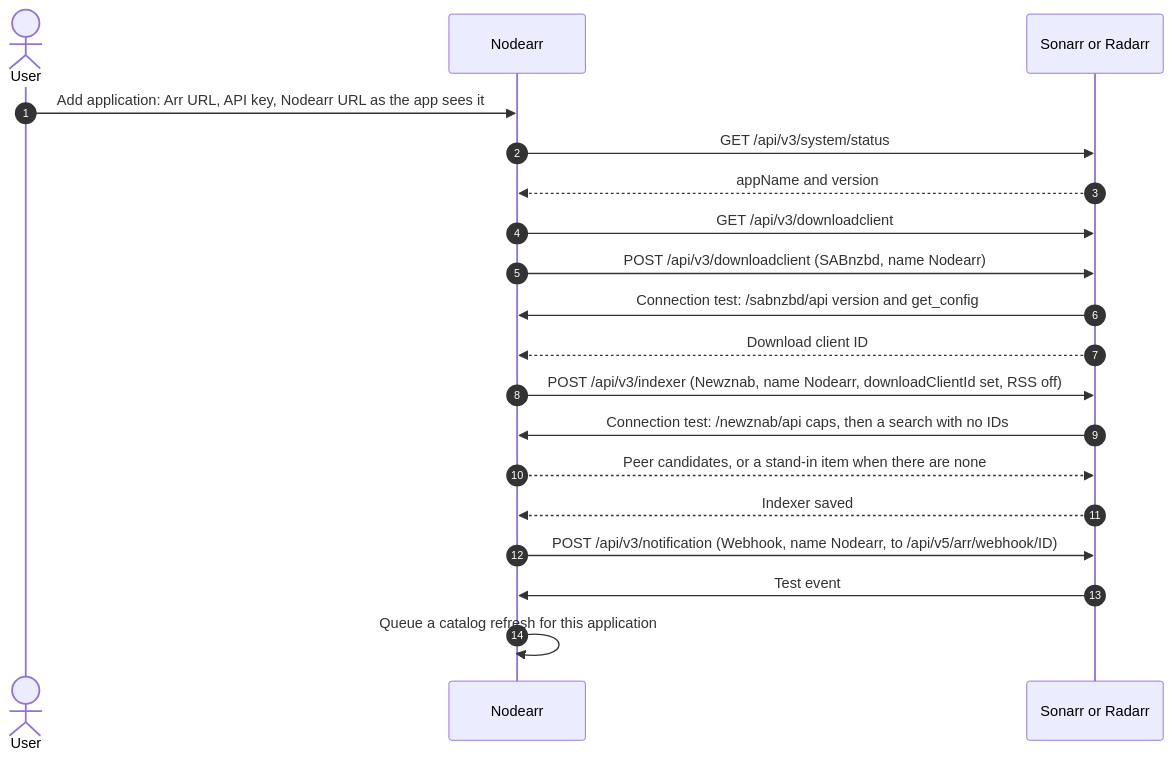
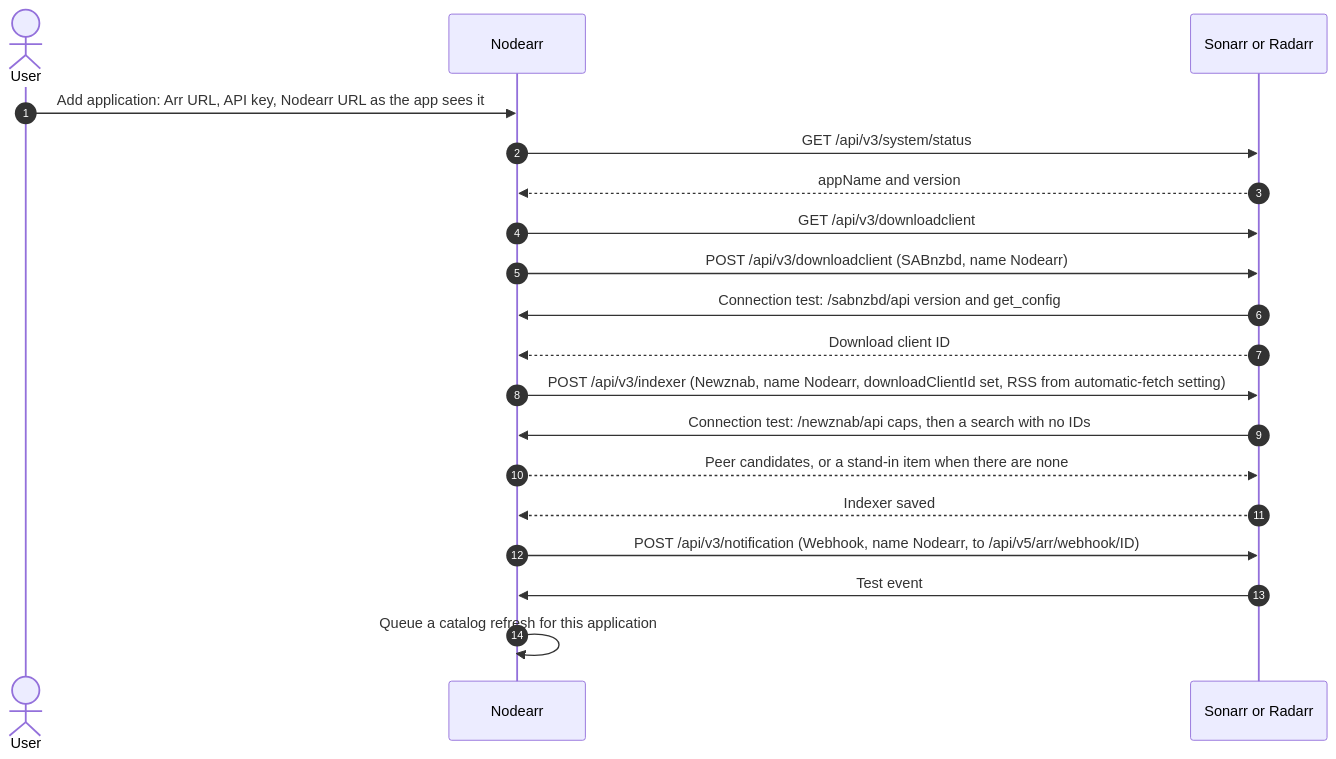
The first of 3 diagrams in docs/diagrams/catalog-import-sonarr-radarr.md (Nodearr/Nodearr), drawn with Mermaid before and after one commit. The commit also changed 27 other files, not shown here.

````diff
--- a/docs/diagrams/catalog-import-sonarr-radarr.md
+++ b/docs/diagrams/catalog-import-sonarr-radarr.md
@@ -9,22 +9,22 @@
 ```mermaid
 sequenceDiagram
     autonumber
     actor User
     participant Nodearr
     participant Arr as Sonarr or Radarr
 
     User->>Nodearr: Add application: Arr URL, API key, Nodearr URL as the app sees it
     Nodearr->>Arr: GET /api/v3/system/status
     Arr-->>Nodearr: appName and version
     Nodearr->>Arr: GET /api/v3/downloadclient
     Nodearr->>Arr: POST /api/v3/downloadclient (SABnzbd, name Nodearr)
     Arr->>Nodearr: Connection test: /sabnzbd/api version and get_config
     Arr-->>Nodearr: Download client ID
-    Nodearr->>Arr: POST /api/v3/indexer (Newznab, name Nodearr, downloadClientId set, RSS off)
+    Nodearr->>Arr: POST /api/v3/indexer (Newznab, name Nodearr, downloadClientId set, RSS from automatic-fetch setting)
     Arr->>Nodearr: Connection test: /newznab/api caps, then a search with no IDs
     Nodearr-->>Arr: Peer candidates, or a stand-in item when there are none
     Arr-->>Nodearr: Indexer saved
     Nodearr->>Arr: POST /api/v3/notification (Webhook, name Nodearr, to /api/v5/arr/webhook/ID)
     Arr->>Nodearr: Test event
     Nodearr->>Nodearr: Queue a catalog refresh for this application
 ```
````
